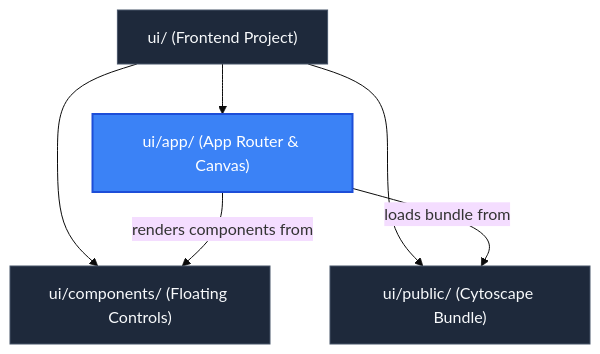
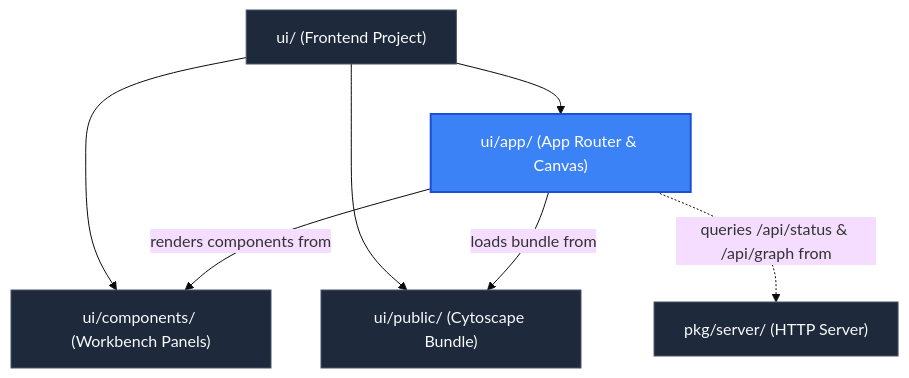
Before and after one commit to AatirNadim/plan-parse: the third of 3 diagrams in ui/app/README.md, drawn with Mermaid (base theme). The commit also changed other lines of this file and 6 other files, not shown here.

First line of the commit message:
refactor: Revamp UI documentation and component architecture for Developer Workbench

````diff
--- a/ui/app/README.md
+++ b/ui/app/README.md
@@ -122,17 +158,19 @@
 ```mermaid
 flowchart TD
     UI["ui/ (Frontend Project)"]:::node
     UI_APP["ui/app/ (App Router & Canvas)"]:::current
-    UI_COMPONENTS["ui/components/ (Floating Controls)"]:::node
+    UI_COMPONENTS["ui/components/ (Workbench Panels)"]:::node
     UI_PUBLIC["ui/public/ (Cytoscape Bundle)"]:::node
+    SERVER["pkg/server/ (HTTP Server)"]:::node
 
     UI --> UI_APP
     UI --> UI_COMPONENTS
     UI --> UI_PUBLIC
 
     UI_APP -->|renders components from| UI_COMPONENTS
     UI_APP -->|loads bundle from| UI_PUBLIC
+    UI_APP -.->|queries /api/status & /api/graph from| SERVER
 
     classDef current fill:#3b82f6,stroke:#1d4ed8,stroke-width:2px,color:#ffffff;
     classDef node fill:#1e293b,stroke:#475569,stroke-width:1px,color:#f8fafc;
 ```
````
